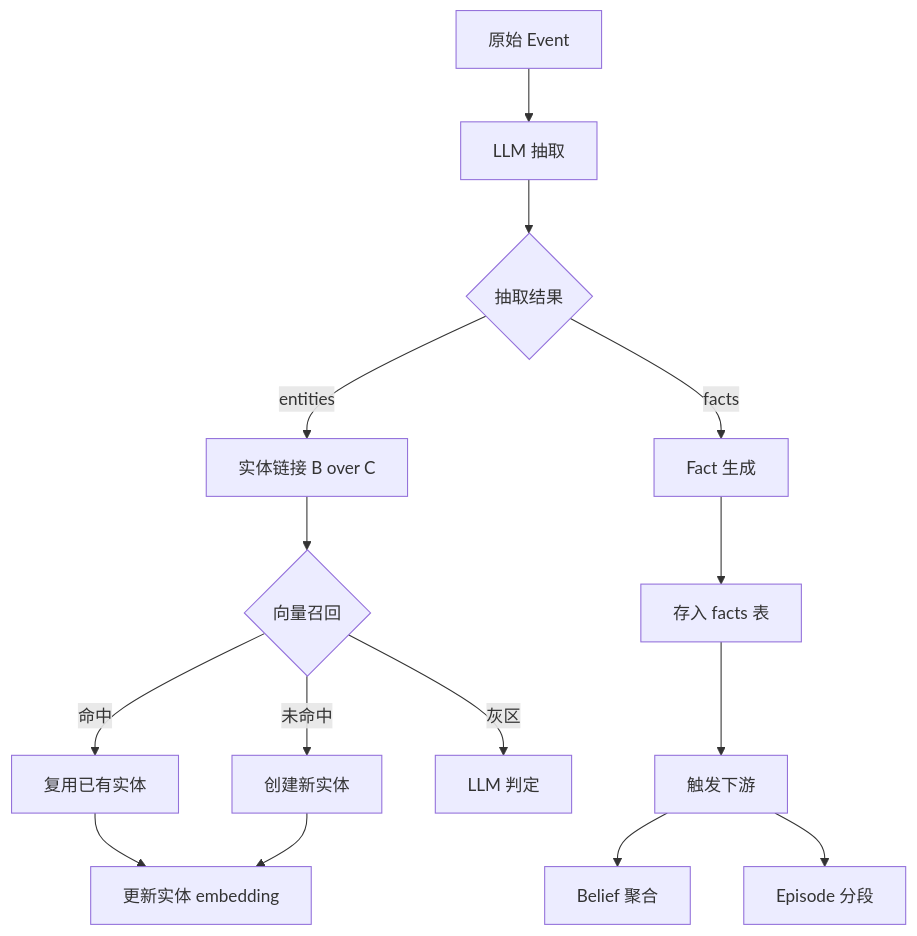
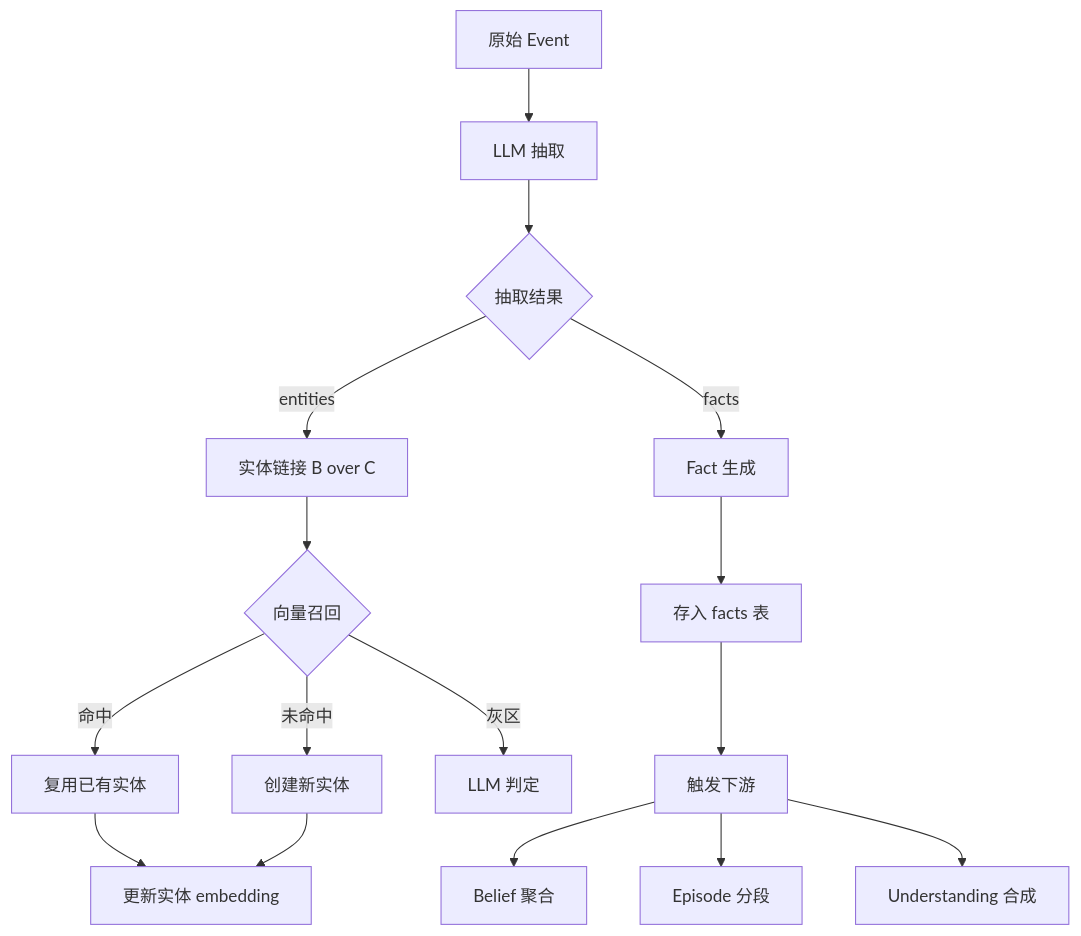
One commit to pty819/cortex-py-book changed the third of 3 diagrams in source/chapters/00-overview.md. Above: the diagram before and after it, drawn with Mermaid. The commit also changed other lines of this file and 18 other files, not shown here.

First line of the commit message:
docs: refresh book with latest cortex-py architecture

````diff
--- a/source/chapters/00-overview.md
+++ b/source/chapters/00-overview.md
@@ -108,20 +108,21 @@
 ```{mermaid}
 flowchart TD
     A[原始 Event] --> B[LLM 抽取]
     B --> C{抽取结果}
     C -->|entities| D[实体链接 B over C]
     C -->|facts| E[Fact 生成]
     
     D --> D1{向量召回}
     D1 -->|命中| D2[复用已有实体]
     D1 -->|未命中| D3[创建新实体]
     D1 -->|灰区| D4[LLM 判定]
     
     E --> F[存入 facts 表]
     D2 --> G[更新实体 embedding]
     D3 --> G
     
     F --> H[触发下游]
     H --> I[Belief 聚合]
     H --> J[Episode 分段]
+    H --> K[Understanding 合成]
 ```
````
